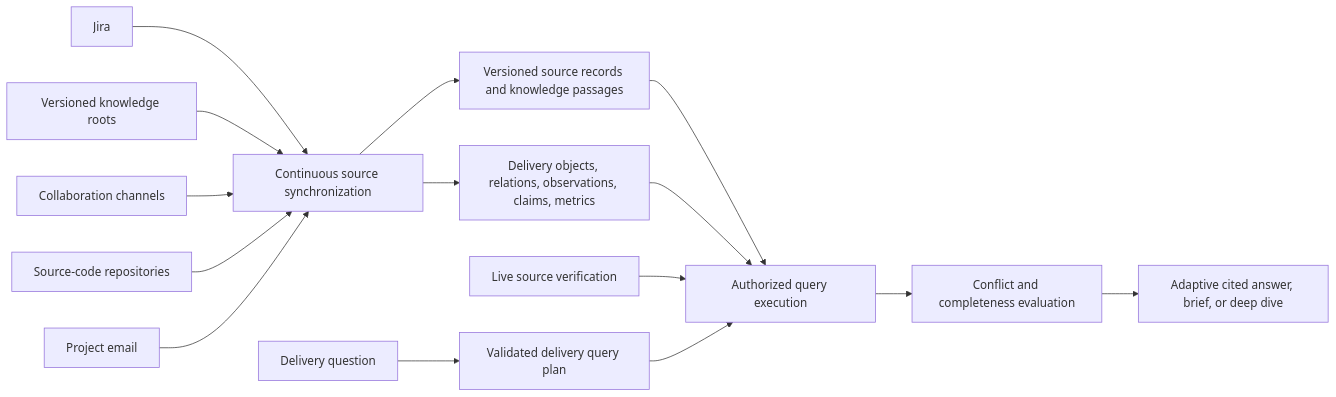
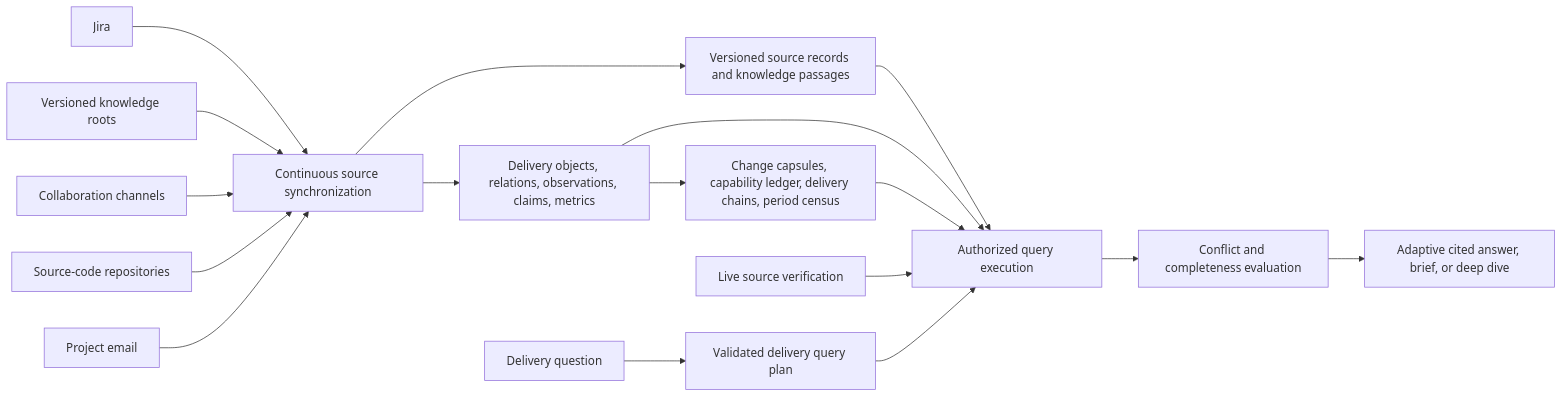
Before and after one commit to PearlThoughts/Sarathi: the diagram in specs/005-knowledge-layer/spec.md, drawn with Mermaid. The commit also changed other lines of this file and 6 other files, not shown here.

Commit message:
docs(delivery): specify evidence-first period reporting

````diff
--- a/specs/005-knowledge-layer/spec.md
+++ b/specs/005-knowledge-layer/spec.md
@@ -37,17 +39,19 @@
 ```mermaid
 flowchart LR
   J[Jira] --> C[Continuous source synchronization]
   V[Versioned knowledge roots] --> C
   T[Collaboration channels] --> C
   G[Source-code repositories] --> C
   M[Project email] --> C
   C --> K[Versioned source records and knowledge passages]
   C --> D[Delivery objects, relations, observations, claims, metrics]
+  D --> R[Change capsules, capability ledger, delivery chains, period census]
   K --> Q[Authorized query execution]
   D --> Q
+  R --> Q
   L[Live source verification] --> Q
   U[Delivery question] --> P[Validated delivery query plan]
   P --> Q
   Q --> X[Conflict and completeness evaluation]
   X --> A[Adaptive cited answer, brief, or deep dive]
 ```
````
